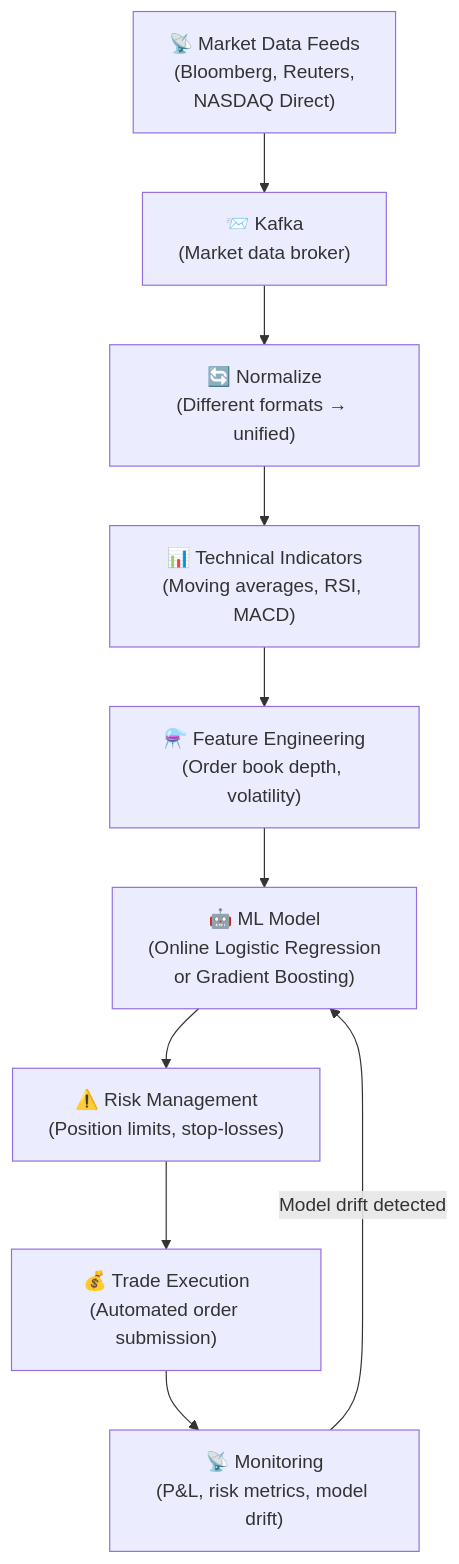
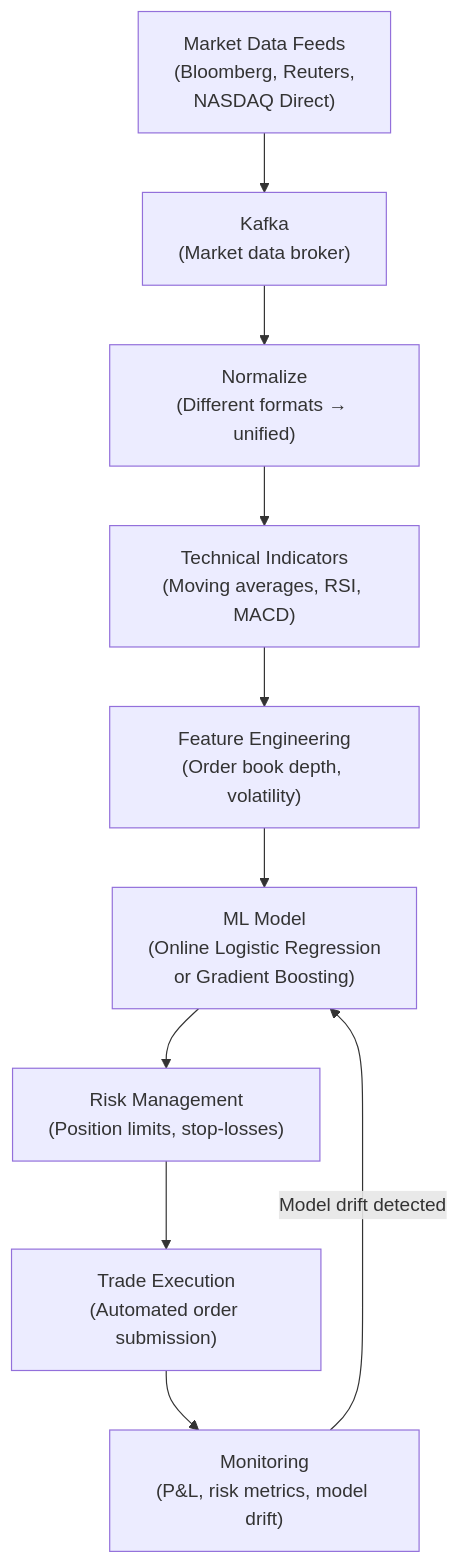
One commit to NK2552003/Big-Data-Survival-Guide changed the seventh of 8 diagrams in UNITS/UNIT 2/unit-2-english-fun.md. Above: the diagram before and after it, drawn with Mermaid. The commit also changed other lines of this file and 78 other files, not shown here.

````diff
--- a/UNITS/UNIT 2/unit-2-english-fun.md
+++ b/UNITS/UNIT 2/unit-2-english-fun.md
@@ -1055,20 +1055,20 @@
 ```mermaid
 flowchart TB
-    Feed["📡 Market Data Feeds\n(Bloomberg, Reuters,\nNASDAQ Direct)"]
-    Kafka["📨 Kafka\n(Market data broker)"]
-    
-    Normalize["🔄 Normalize\n(Different formats → unified)"]
-    Indicators["📊 Technical Indicators\n(Moving averages, RSI, MACD)"]
-    Features["⚗️ Feature Engineering\n(Order book depth, volatility)"]
-    
-    Model["🤖 ML Model\n(Online Logistic Regression\nor Gradient Boosting)"]
-    Risk["⚠️ Risk Management\n(Position limits, stop-losses)"]
-    Execute["💰 Trade Execution\n(Automated order submission)"]
-    
-    Monitor["📡 Monitoring\n(P&L, risk metrics, model drift)"]
+ Feed[" Market Data Feeds\n(Bloomberg, Reuters,\nNASDAQ Direct)"]
+ Kafka[" Kafka\n(Market data broker)"]
 
-    Feed --> Kafka --> Normalize --> Indicators
-    Indicators --> Features --> Model --> Risk --> Execute
-    Execute --> Monitor
-    Monitor -->|"Model drift detected"| Model
+ Normalize[" Normalize\n(Different formats → unified)"]
+ Indicators[" Technical Indicators\n(Moving averages, RSI, MACD)"]
+ Features[" Feature Engineering\n(Order book depth, volatility)"]
+
+ Model[" ML Model\n(Online Logistic Regression\nor Gradient Boosting)"]
+ Risk[" Risk Management\n(Position limits, stop-losses)"]
+ Execute[" Trade Execution\n(Automated order submission)"]
+
+ Monitor[" Monitoring\n(P&L, risk metrics, model drift)"]
+
+ Feed --> Kafka --> Normalize --> Indicators
+ Indicators --> Features --> Model --> Risk --> Execute
+ Execute --> Monitor
+ Monitor -->|"Model drift detected"| Model
 ```
````
